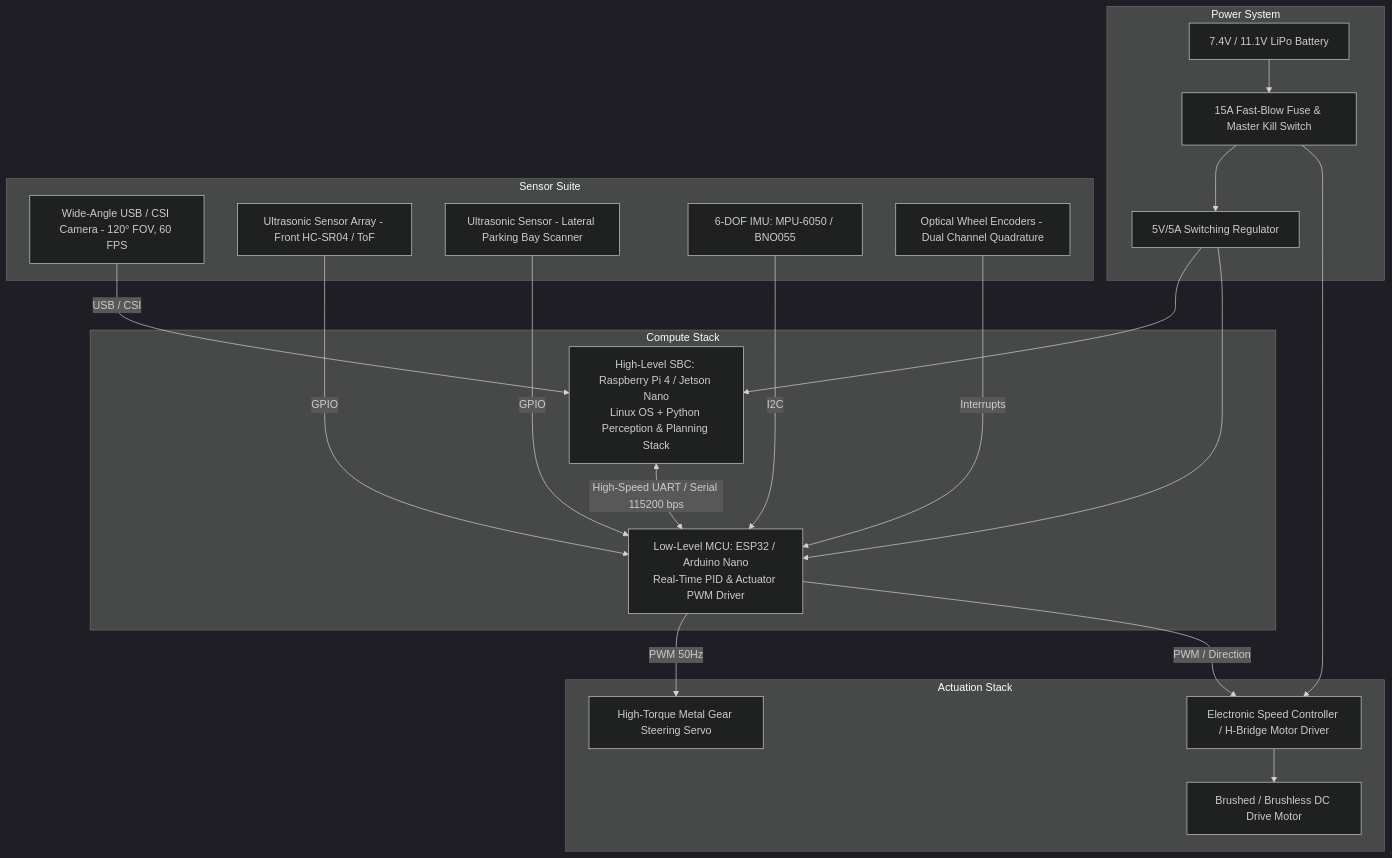
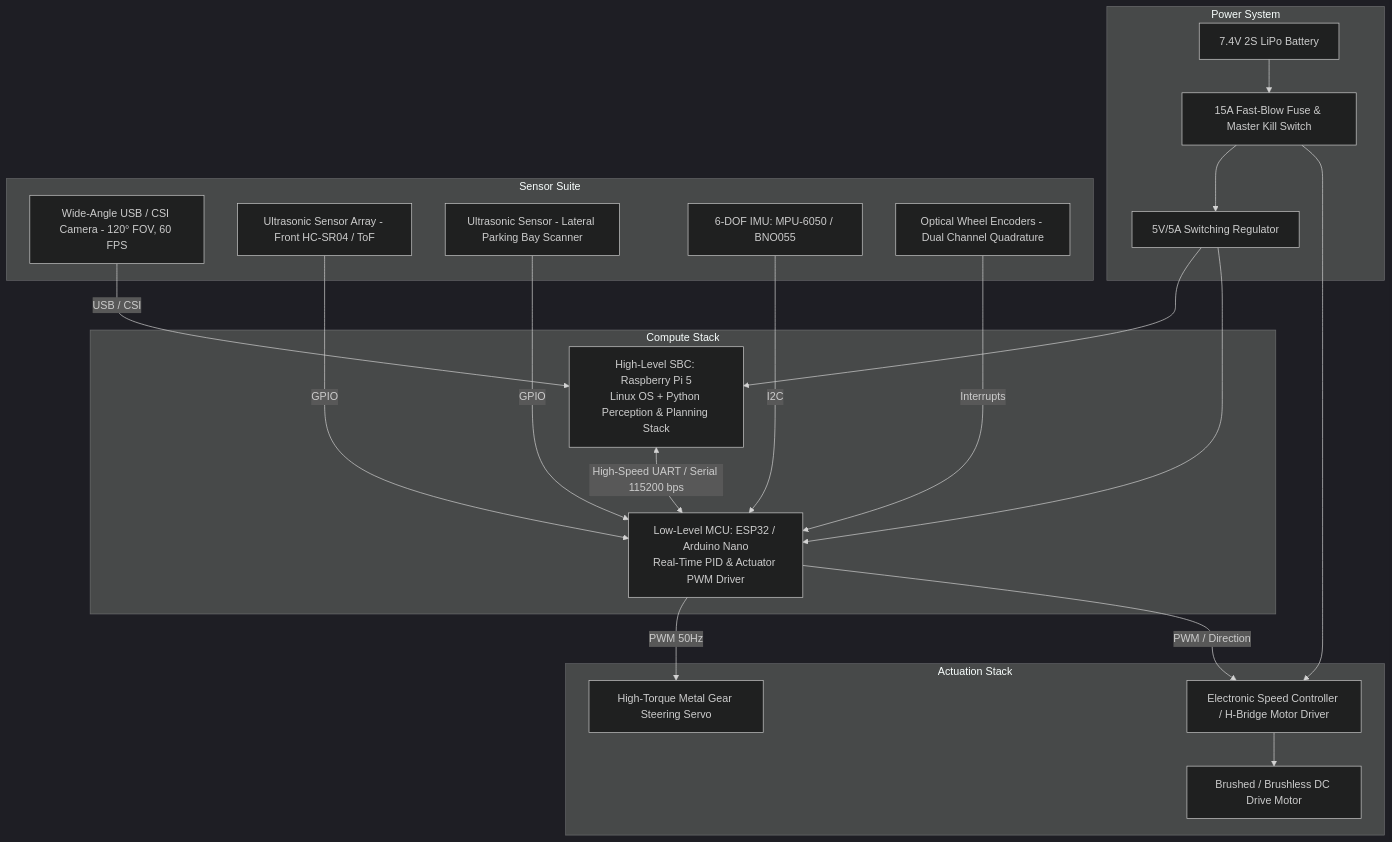
One commit to Rohith45-ch/iitb changed the diagram in docs/TECHNICAL_DESIGN_DOCUMENT.md. Above: the diagram before and after it, drawn with Mermaid (dark theme). The commit also changed other lines of this file and 6 other files, not shown here.

````diff
--- a/docs/TECHNICAL_DESIGN_DOCUMENT.md
+++ b/docs/TECHNICAL_DESIGN_DOCUMENT.md
@@ -17,44 +17,44 @@
 ```mermaid
 graph TD
     subgraph Power System
-        BATT[7.4V / 11.1V LiPo Battery]
+        BATT[7.4V 2S LiPo Battery]
         FUSE[15A Fast-Blow Fuse & Master Kill Switch]
         BUCK[5V/5A Switching Regulator]
     end
 
     subgraph Compute Stack
-        SBC[High-Level SBC: Raspberry Pi 4 / Jetson Nano<br/>Linux OS + Python Perception & Planning Stack]
+        SBC[High-Level SBC: Raspberry Pi 5<br/>Linux OS + Python Perception & Planning Stack]
         MCU[Low-Level MCU: ESP32 / Arduino Nano<br/>Real-Time PID & Actuator PWM Driver]
     end
 
     subgraph Sensor Suite
         CAM[Wide-Angle USB / CSI Camera - 120° FOV, 60 FPS]
         US_FRONT[Ultrasonic Sensor Array - Front HC-SR04 / ToF]
         US_SIDE[Ultrasonic Sensor - Lateral Parking Bay Scanner]
         IMU[6-DOF IMU: MPU-6050 / BNO055]
         ENC[Optical Wheel Encoders - Dual Channel Quadrature]
     end
 
     subgraph Actuation Stack
         STEER[High-Torque Metal Gear Steering Servo]
         ESC[Electronic Speed Controller / H-Bridge Motor Driver]
         MOTOR[Brushed / Brushless DC Drive Motor]
     end
 
     BATT --> FUSE
     FUSE --> BUCK
     FUSE --> ESC
     BUCK --> SBC
     BUCK --> MCU
 
     CAM -->|USB / CSI| SBC
     IMU -->|I2C| MCU
     ENC -->|Interrupts| MCU
     US_FRONT -->|GPIO| MCU
     US_SIDE -->|GPIO| MCU
 
     SBC <-->|High-Speed UART / Serial 115200 bps| MCU
     MCU -->|PWM 50Hz| STEER
     MCU -->|PWM / Direction| ESC
     ESC --> MOTOR
 ```
````
